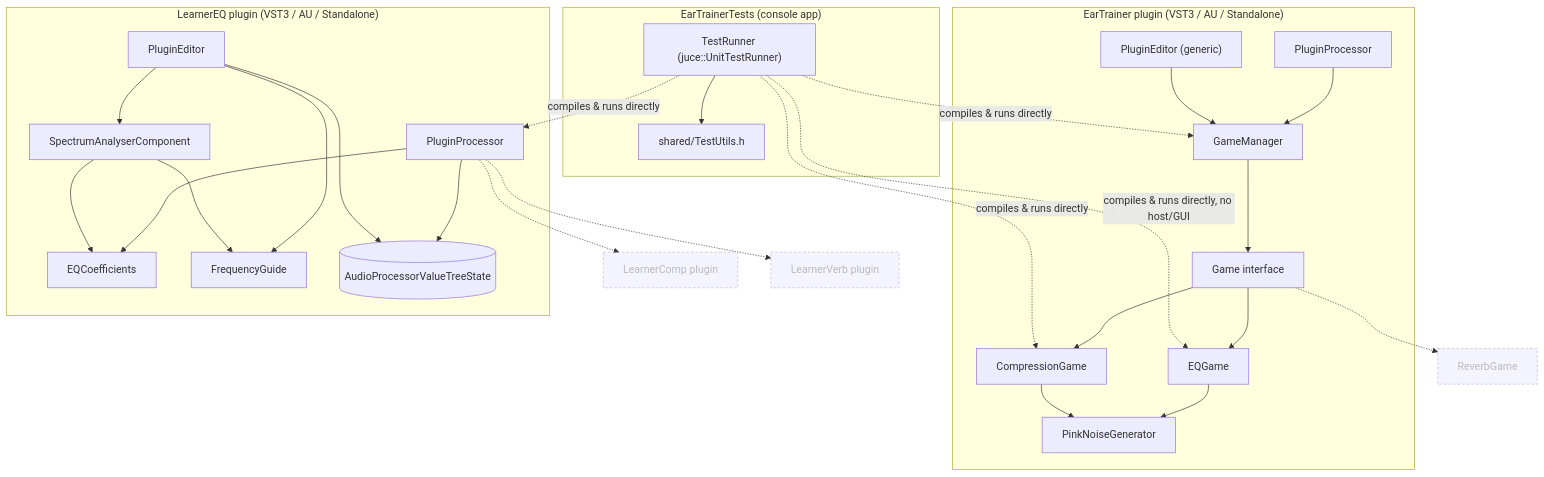
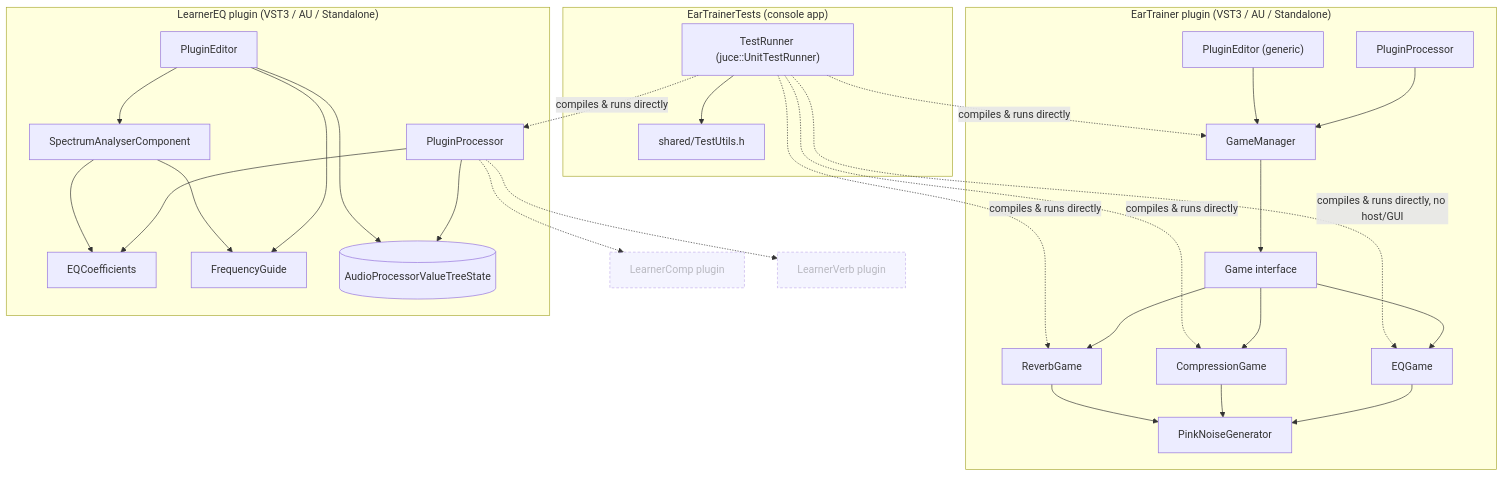
The diagram in docs/diagrams/system-overview.md (bogggare567/abcTrain), drawn with Mermaid before and after one commit. The commit also changed 12 other files, not shown here.

First line of the commit message:
Add CI workflow and ReverbGame (third ear-training exercise)

````diff
--- a/docs/diagrams/system-overview.md
+++ b/docs/diagrams/system-overview.md
@@ -7,59 +7,61 @@
 ```mermaid
 flowchart TB
     subgraph EarTrainer["EarTrainer plugin (VST3 / AU / Standalone)"]
         ETProc["PluginProcessor"]
         ETEdit["PluginEditor (generic)"]
         GM["GameManager"]
         GameIface["Game interface"]
         EQGame["EQGame"]
         CompGame["CompressionGame"]
+        RevGame["ReverbGame"]
         Pink["PinkNoiseGenerator"]
 
         ETProc --> GM
         ETEdit --> GM
         GM --> GameIface
         GameIface --> EQGame
         GameIface --> CompGame
+        GameIface --> RevGame
         EQGame --> Pink
         CompGame --> Pink
+        RevGame --> Pink
     end
 
     subgraph LearnerEQ["LearnerEQ plugin (VST3 / AU / Standalone)"]
         LEProc["PluginProcessor"]
         LEEdit["PluginEditor"]
         Spectrum["SpectrumAnalyserComponent"]
         Coeffs["EQCoefficients"]
         FreqGuide["FrequencyGuide"]
         APVTS[("AudioProcessorValueTreeState")]
 
         LEProc --> APVTS
         LEProc --> Coeffs
         LEEdit --> APVTS
         LEEdit --> Spectrum
         LEEdit --> FreqGuide
         Spectrum --> Coeffs
         Spectrum --> FreqGuide
     end
 
     subgraph Tests["EarTrainerTests (console app)"]
         Runner["TestRunner (juce::UnitTestRunner)"]
         TestUtils["shared/TestUtils.h"]
     end
 
-    ReverbGame["ReverbGame"]
     LearnerComp["LearnerComp plugin"]
     LearnerVerb["LearnerVerb plugin"]
 
     Runner -. "compiles & runs directly, no host/GUI" .-> EQGame
     Runner -. "compiles & runs directly" .-> CompGame
+    Runner -. "compiles & runs directly" .-> RevGame
     Runner -. "compiles & runs directly" .-> GM
     Runner -. "compiles & runs directly" .-> LEProc
     Runner --> TestUtils
 
-    GameIface -.-> ReverbGame
     LEProc -.-> LearnerComp
     LEProc -.-> LearnerVerb
 
     classDef planned stroke-dasharray:4 3,opacity:0.55;
-    class ReverbGame,LearnerComp,LearnerVerb planned;
+    class LearnerComp,LearnerVerb planned;
 ```
````
